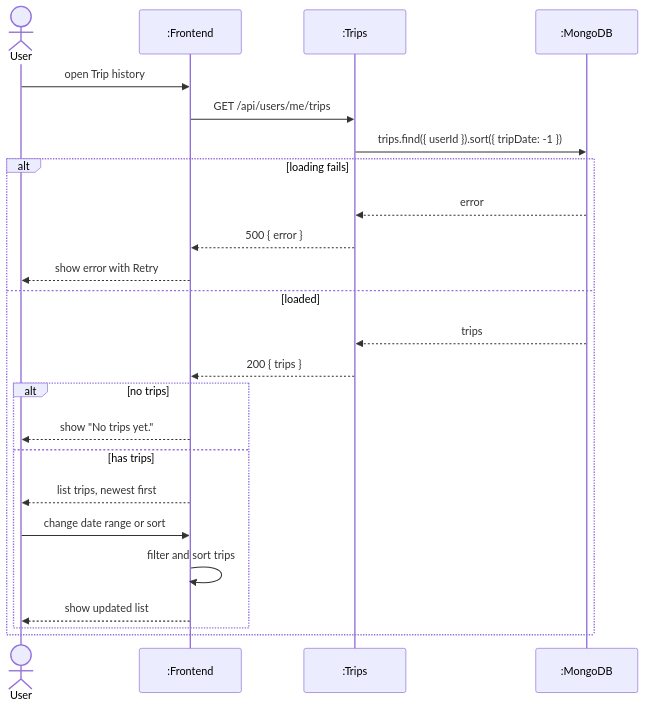
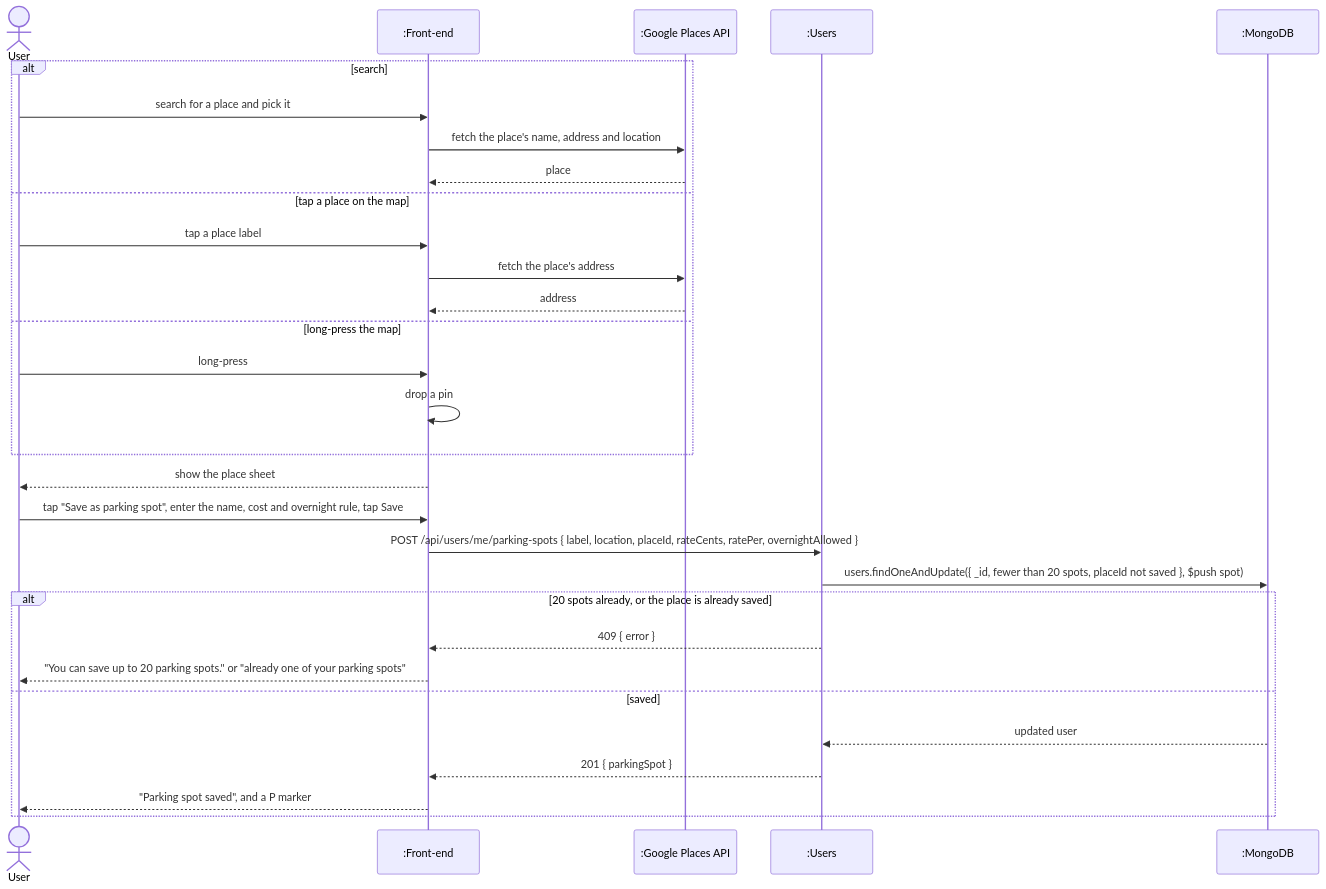
The sixth of 7 diagrams in documentation/Requirements_and_Design.md (adamdeleeuw/trailmix), drawn with Mermaid before and after one commit. The commit also changed other lines of this file and 5 other files, not shown here.

````diff
--- a/documentation/Requirements_and_Design.md
+++ b/documentation/Requirements_and_Design.md
@@ -465,27 +640,33 @@
 ```mermaid
 sequenceDiagram
     actor User
-    participant App as :Frontend
-    participant Trips as :Trips
+    participant App as :Front-end
+    participant Places as :Google Places API
+    participant Users as :Users
     participant DB as :MongoDB
 
-    User->>App: open Trip history
-    App->>Trips: GET /api/users/me/trips
-    Trips->>DB: trips.find({ userId }).sort({ tripDate: -1 })
-    alt loading fails
-        DB-->>Trips: error
-        Trips-->>App: 500 { error }
-        App-->>User: show error with Retry
-    else loaded
-        DB-->>Trips: trips
-        Trips-->>App: 200 { trips }
-        alt no trips
-            App-->>User: show "No trips yet."
-        else has trips
-            App-->>User: list trips, newest first
-            User->>App: change date range or sort
-            App->>App: filter and sort trips
-            App-->>User: show updated list
-        end
+    alt search
+        User->>App: search for a place and pick it
+        App->>Places: fetch the place's name, address and location
+        Places-->>App: place
+    else tap a place on the map
+        User->>App: tap a place label
+        App->>Places: fetch the place's address
+        Places-->>App: address
+    else long-press the map
+        User->>App: long-press
+        App->>App: drop a pin
+    end
+    App-->>User: show the place sheet
+    User->>App: tap "Save as parking spot", enter the name, cost and overnight rule, tap Save
+    App->>Users: POST /api/users/me/parking-spots { label, location, placeId, rateCents, ratePer, overnightAllowed }
+    Users->>DB: users.findOneAndUpdate({ _id, fewer than 20 spots, placeId not saved }, $push spot)
+    alt 20 spots already, or the place is already saved
+        Users-->>App: 409 { error }
+        App-->>User: "You can save up to 20 parking spots." or "already one of your parking spots"
+    else saved
+        DB-->>Users: updated user
+        Users-->>App: 201 { parkingSpot }
+        App-->>User: "Parking spot saved", and a P marker
     end
 ```
````
